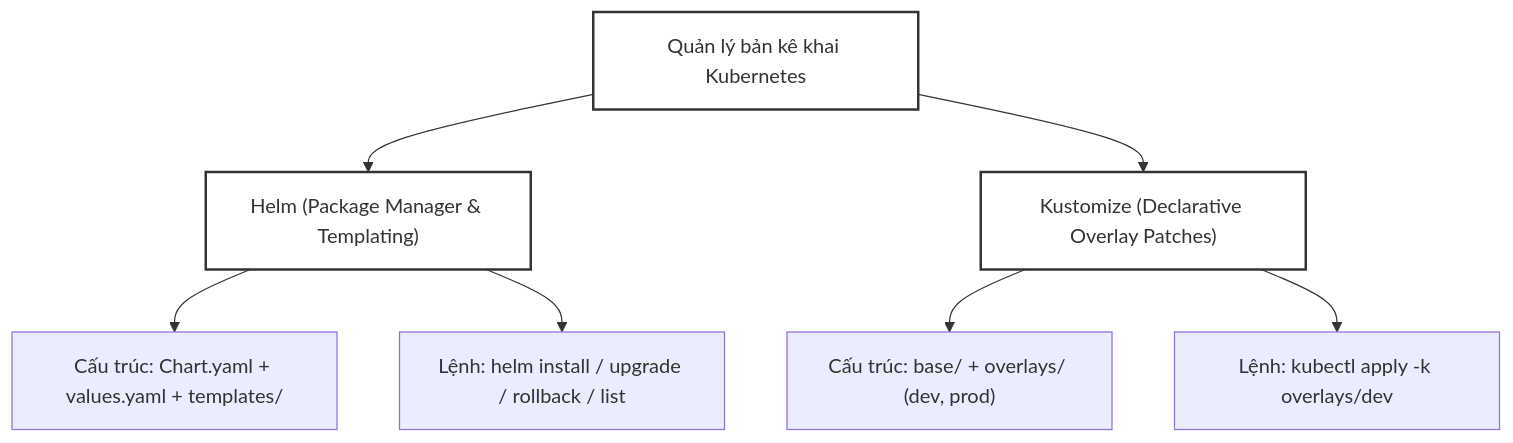
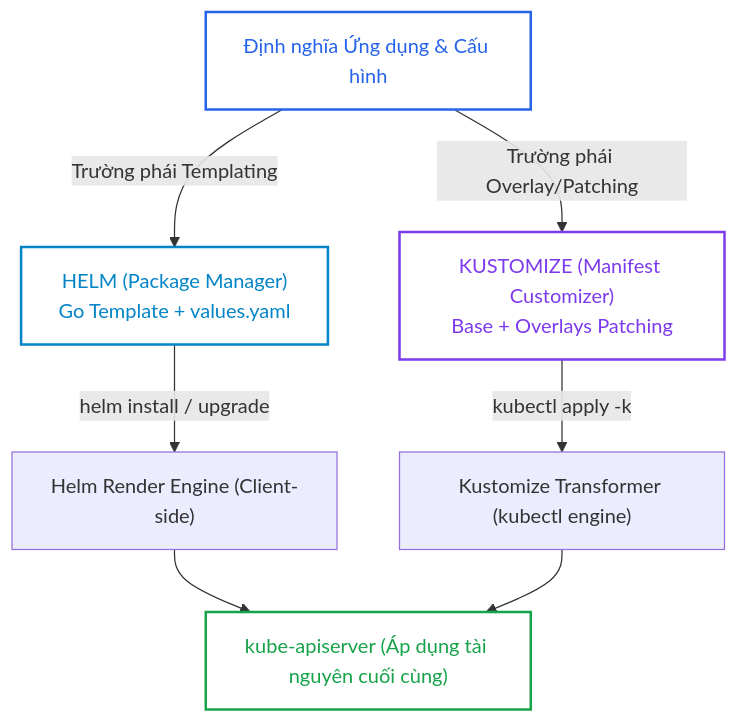
The first of 4 diagrams in _posts/2026-09-12-cka-13-13-helm-va-kustomize.md (kiennt308/ntk), drawn with Mermaid before and after one commit. The commit also changed other lines of this file and 39 other files, not shown here.

````diff
--- a/_posts/2026-09-12-cka-13-13-helm-va-kustomize.md
+++ b/_posts/2026-09-12-cka-13-13-helm-va-kustomize.md
@@ -377,15 +49,18 @@
 ```mermaid
-graph TD
-    A["Quản lý bản kê khai Kubernetes"] --> B["Helm (Package Manager & Templating)"]
-    A --> C["Kustomize (Declarative Overlay Patches)"]
-    
-    B --> B1["Cấu trúc: Chart.yaml + values.yaml + templates/"]
-    B --> B2["Lệnh: helm install / upgrade / rollback / list"]
-    
-    C --> C1["Cấu trúc: base/ + overlays/ (dev, prod)"]
-    C --> C2["Lệnh: kubectl apply -k overlays/dev"]
+flowchart TD
+    classDef raw fill:none,stroke:#2563eb,stroke-width:2px,color:#2563eb;
+    classDef helm fill:none,stroke:#0284c7,stroke-width:2px,color:#0284c7;
+    classDef kust fill:none,stroke:#7c3aed,stroke-width:2px,color:#7c3aed;
+    classDef k8s fill:none,stroke:#16a34a,stroke-width:2px,color:#16a34a;
 
-    style A fill:none,stroke:#333,stroke-width:2px
-    style B fill:none,stroke:#333,stroke-width:2px
-    style C fill:none,stroke:#333,stroke-width:2px
+    Source["Định nghĩa Ứng dụng & Cấu hình"]:::raw
+
+    Source -->|Trường phái Templating| HelmFlow["HELM (Package Manager)<br>Go Template + values.yaml"]:::helm
+    Source -->|Trường phái Overlay/Patching| KustFlow["KUSTOMIZE (Manifest Customizer)<br>Base + Overlays Patching"]:::kust
+
+    HelmFlow -->|helm install / upgrade| Engine1["Helm Render Engine (Client-side)"]
+    KustFlow -->|kubectl apply -k| Engine2["Kustomize Transformer (kubectl engine)"]
+
+    Engine1 --> API["kube-apiserver (Áp dụng tài nguyên cuối cùng)"]:::k8s
+    Engine2 --> API
 ```
````
